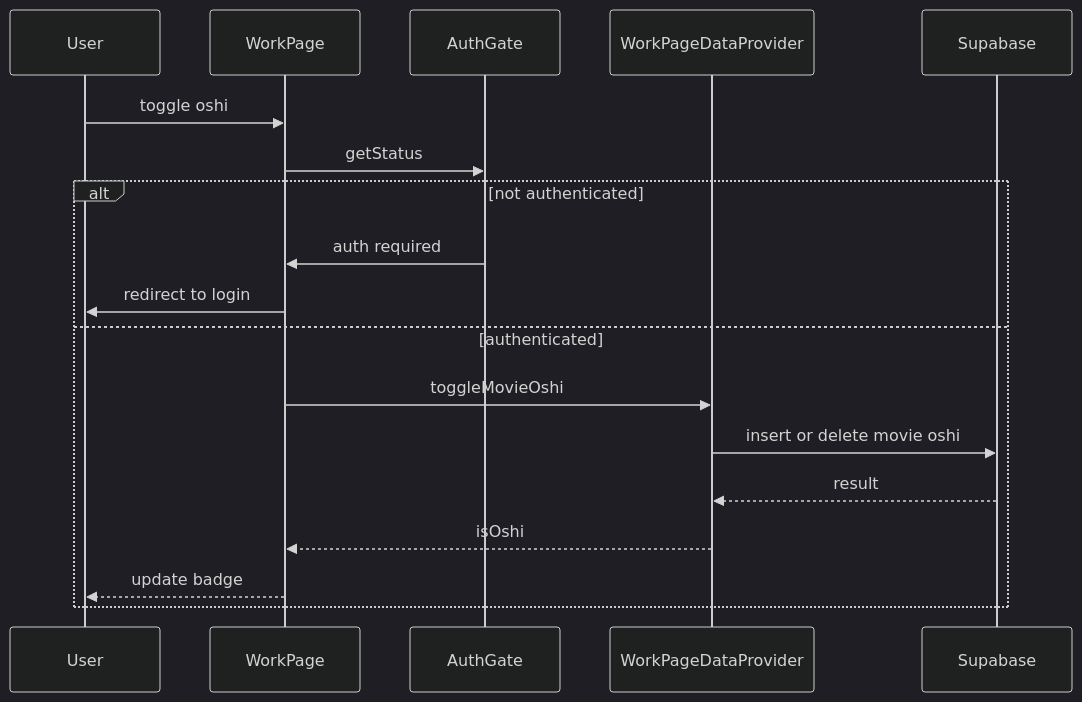
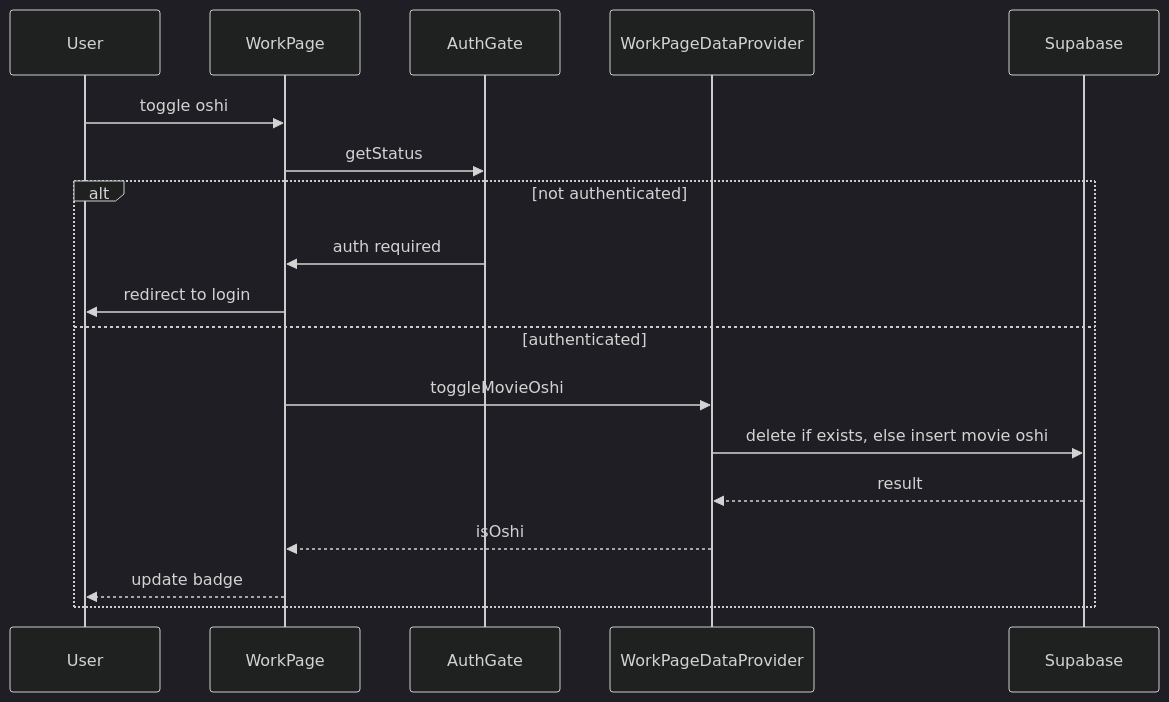
One commit to arinko39140/mangadouga changed the third of 3 diagrams in .kiro/specs/oshi-list-user-registration-registered-only/design.md. Above: the diagram before and after it, drawn with Mermaid (dark theme). The commit also changed other lines of this file, not shown here.

Commit message:
Update oshi toggle behavior in design

````diff
--- a/.kiro/specs/oshi-list-user-registration-registered-only/design.md
+++ b/.kiro/specs/oshi-list-user-registration-registered-only/design.md
@@ -103,21 +103,21 @@
 ```mermaid
 sequenceDiagram
   participant User
   participant WorkPage
   participant AuthGate
   participant WorkPageDataProvider
   participant Supabase
 
   User ->> WorkPage: toggle oshi
   WorkPage ->> AuthGate: getStatus
   alt not authenticated
     AuthGate ->> WorkPage: auth required
     WorkPage ->> User: redirect to login
   else authenticated
     WorkPage ->> WorkPageDataProvider: toggleMovieOshi
-    WorkPageDataProvider ->> Supabase: insert or delete movie oshi
+    WorkPageDataProvider ->> Supabase: delete if exists, else insert movie oshi
     Supabase -->> WorkPageDataProvider: result
     WorkPageDataProvider -->> WorkPage: isOshi
     WorkPage -->> User: update badge
   end
 ```
````
